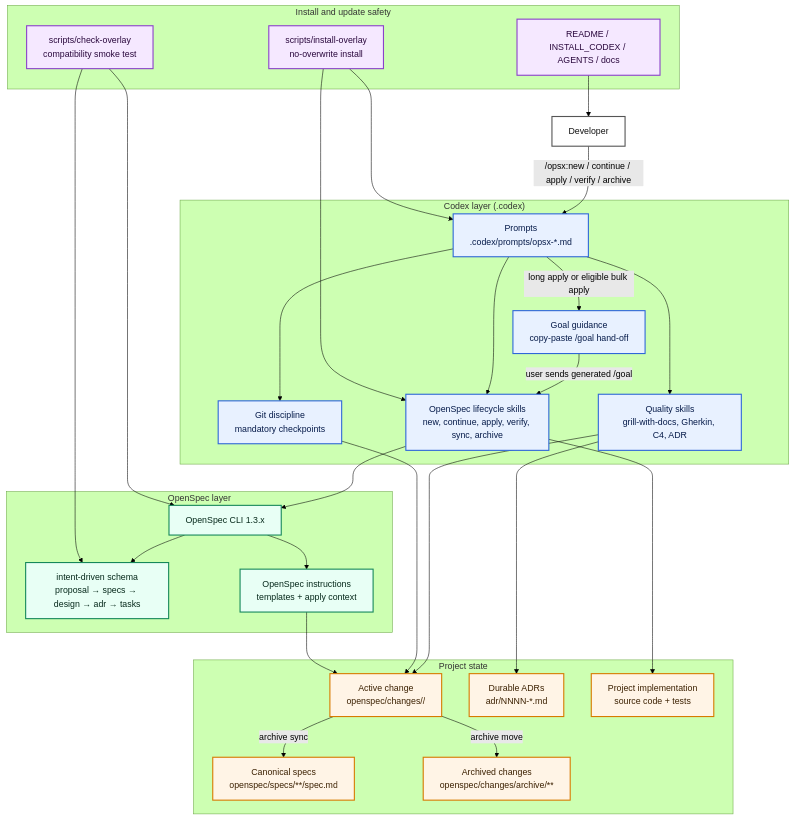
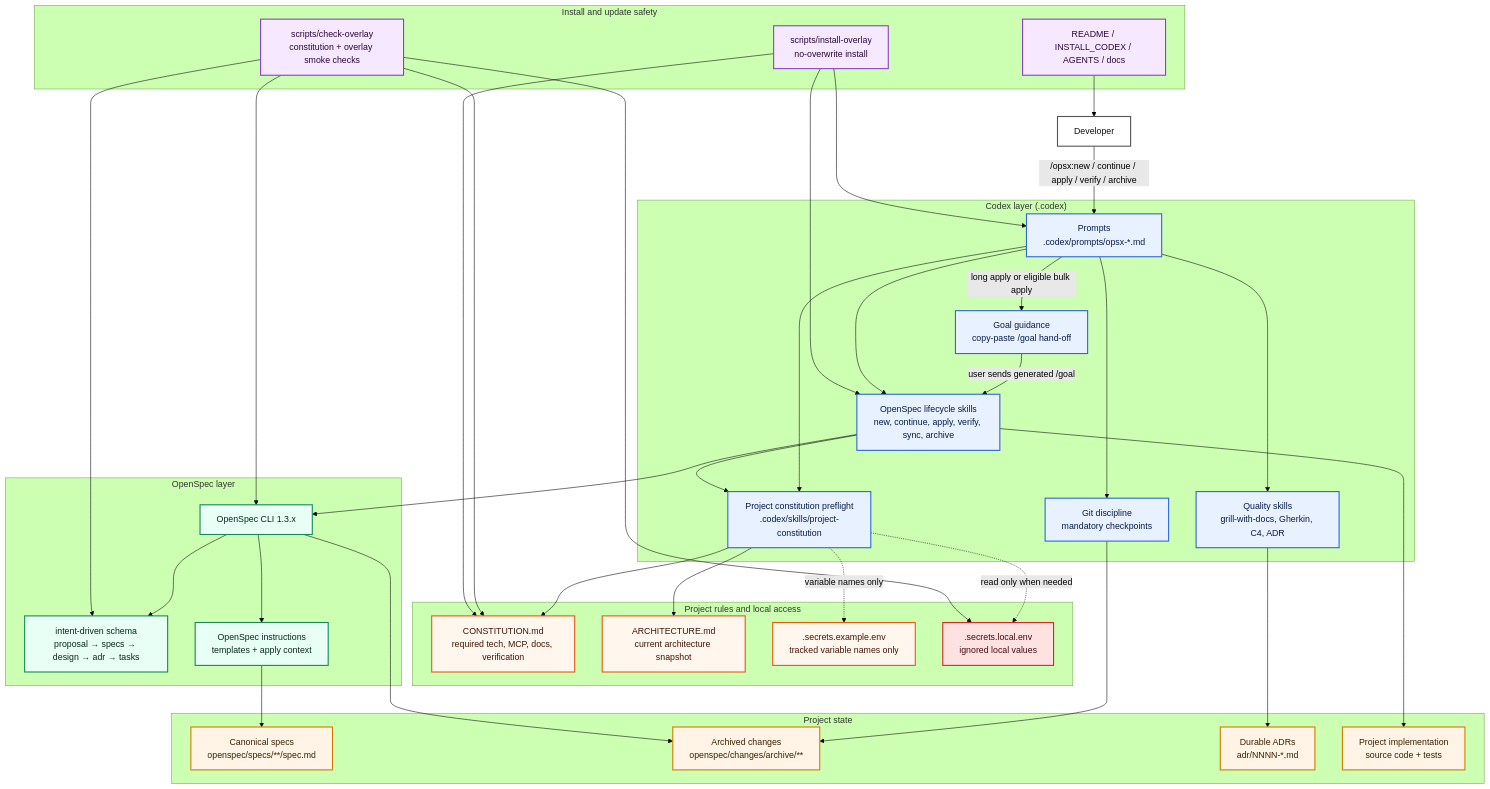
One commit to AlekseiSeleznev/intent-driven-codex changed the second of 2 diagrams in README.md. Above: the diagram before and after it, drawn with Mermaid (forest theme). The commit also changed other lines of this file and 84 other files, not shown here.

````diff
--- a/README.md
+++ b/README.md
@@ -109,63 +155,99 @@
   User["Developer"]
 
   subgraph CodexLayer["Codex layer (.codex)"]
-    Prompts["Prompts\n.codex/prompts/opsx-*.md"]
-    GoalGuidance["Goal guidance\ncopy-paste /goal hand-off"]
-    LifecycleSkills["OpenSpec lifecycle skills\nnew, continue, apply, verify, sync, archive"]
-    QualitySkills["Quality skills\ngrill-with-docs, Gherkin, C4, ADR"]
-    GitSkill["Git discipline\nmandatory checkpoints"]
+    Prompts["Prompts
+.codex/prompts/opsx-*.md"]
+    ConstitutionSkill["Project constitution preflight
+.codex/skills/project-constitution"]
+    GoalGuidance["Goal guidance
+copy-paste /goal hand-off"]
+    LifecycleSkills["OpenSpec lifecycle skills
+new, continue, apply, verify, sync, archive"]
+    QualitySkills["Quality skills
+grill-with-docs, Gherkin, C4, ADR"]
+    GitSkill["Git discipline
+mandatory checkpoints"]
+  end
+
+  subgraph ProjectRules["Project rules and local access"]
+    Constitution["CONSTITUTION.md
+required tech, MCP, docs, verification"]
+    Architecture["ARCHITECTURE.md
+current architecture snapshot"]
+    SecretsExample[".secrets.example.env
+tracked variable names only"]
+    LocalSecrets[".secrets.local.env
+ignored local values"]
   end
 
   subgraph OpenSpecLayer["OpenSpec layer"]
     CLI["OpenSpec CLI 1.3.x"]
-    Schema["intent-driven schema\nproposal → specs → design → adr → tasks"]
-    Instructions["OpenSpec instructions\ntemplates + apply context"]
+    Schema["intent-driven schema
+proposal → specs → design → adr → tasks"]
+    Instructions["OpenSpec instructions
+templates + apply context"]
   end
 
   subgraph ProjectState["Project state"]
-    ActiveChange["Active change\nopenspec/changes/<change>/"]
-    CanonicalSpecs["Canonical specs\nopenspec/specs/**/spec.md"]
-    Archive["Archived changes\nopenspec/changes/archive/**"]
-    ADRs["Durable ADRs\nadr/NNNN-*.md"]
-    Code["Project implementation\nsource code + tests"]
+    CanonicalSpecs["Canonical specs
+openspec/specs/**/spec.md"]
+    Archive["Archived changes
+openspec/changes/archive/**"]
+    ADRs["Durable ADRs
+adr/NNNN-*.md"]
+    Code["Project implementation
+source code + tests"]
   end
 
   subgraph Safety["Install and update safety"]
-    Installer["scripts/install-overlay\nno-overwrite install"]
-    Checker["scripts/check-overlay\ncompatibility smoke test"]
+    Installer["scripts/install-overlay
+no-overwrite install"]
+    Checker["scripts/check-overlay
+constitution + overlay smoke checks"]
     Docs["README / INSTALL_CODEX / AGENTS / docs"]
   end
 
   User -->|"/opsx:new / continue / apply / verify / archive"| Prompts
+  Prompts --> ConstitutionSkill
+  LifecycleSkills --> ConstitutionSkill
+  ConstitutionSkill --> Constitution
+  ConstitutionSkill --> Architecture
+  ConstitutionSkill -. "variable names only" .-> SecretsExample
+  ConstitutionSkill -. "read only when needed" .-> LocalSecrets
   Prompts -->|"long apply or eligible bulk apply"| GoalGuidance
   GoalGuidance -->|"user sends generated /goal"| LifecycleSkills
   Prompts --> LifecycleSkills
   Prompts --> QualitySkills
   Prompts --> GitSkill
   LifecycleSkills --> CLI
-  QualitySkills --> ActiveChange
   QualitySkills --> ADRs
-  GitSkill --> ActiveChange
+  GitSkill --> Archive
   CLI --> Schema
   CLI --> Instructions
-  Instructions --> ActiveChange
-  ActiveChange -->|"archive sync"| CanonicalSpecs
-  ActiveChange -->|"archive move"| Archive
+  Instructions --> CanonicalSpecs
+  CLI --> Archive
   LifecycleSkills --> Code
+  Checker --> Constitution
+  Checker --> LocalSecrets
   Checker --> CLI
   Checker --> Schema
   Installer --> Prompts
   Installer --> LifecycleSkills
+  Installer --> Constitution
   Docs --> User
 
   classDef codex fill:#e8f1ff,stroke:#2f67d8,color:#061b4a,stroke-width:2px;
+  classDef rules fill:#fff7ed,stroke:#ea580c,color:#431407,stroke-width:2px;
+  classDef secret fill:#fee2e2,stroke:#dc2626,color:#450a0a,stroke-width:2px;
   classDef openspec fill:#e8fff5,stroke:#16885a,color:#06291b,stroke-width:2px;
   classDef state fill:#fff4e6,stroke:#d77a00,color:#3b2000,stroke-width:2px;
   classDef safety fill:#f5e8ff,stroke:#8b42c9,color:#2a083d,stroke-width:2px;
   classDef actor fill:#ffffff,stroke:#555,color:#111,stroke-width:2px;
   class User actor;
-  class Prompts,GoalGuidance,LifecycleSkills,QualitySkills,GitSkill codex;
+  class Prompts,ConstitutionSkill,GoalGuidance,LifecycleSkills,QualitySkills,GitSkill codex;
+  class Constitution,Architecture,SecretsExample rules;
+  class LocalSecrets secret;
   class CLI,Schema,Instructions openspec;
-  class ActiveChange,CanonicalSpecs,Archive,ADRs,Code state;
+  class CanonicalSpecs,Archive,ADRs,Code state;
   class Installer,Checker,Docs safety;
 ```
````
